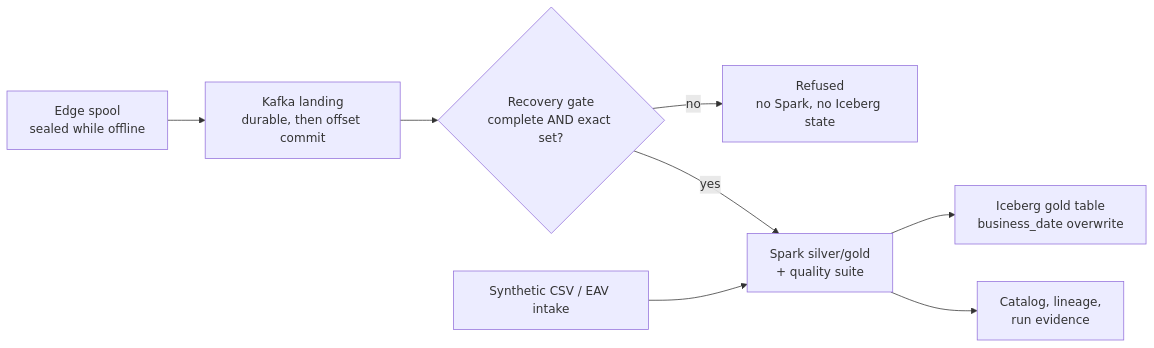
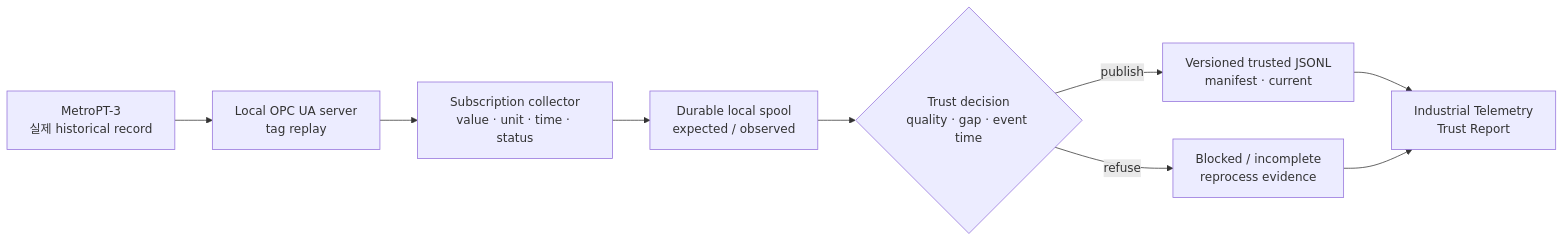
One commit to junhyun-dev/manufacturing-data-platform changed the diagram in README.md. Above: the diagram before and after it, drawn with Mermaid. The commit also changed other lines of this file and 35 other files, not shown here.

Commit message:
Add industrial telemetry trust report

````diff
--- a/README.md
+++ b/README.md
@@ -10,10 +28,15 @@
 ```mermaid
 flowchart LR
-  edge["Edge spool<br/>sealed while offline"] --> kafka["Kafka landing<br/>durable, then offset commit"]
-  kafka --> gate{"Recovery gate<br/>complete AND exact set?"}
-  gate -- "no" --> blocked["Refused<br/>no Spark, no Iceberg state"]
-  gate -- "yes" --> spark["Spark silver/gold<br/>+ quality suite"]
-  spark --> iceberg["Iceberg gold table<br/>business_date overwrite"]
-  csv["Synthetic CSV / EAV intake"] --> spark
-  spark --> catalog["Catalog, lineage,<br/>run evidence"]
+  source["MetroPT-3<br/>실제 historical record"]
+  opcua["Local OPC UA server<br/>tag replay"]
+  collector["Subscription collector<br/>value · unit · time · status"]
+  spool["Durable local spool<br/>expected / observed"]
+  trust{"Trust decision<br/>quality · gap · event time"}
+  current["Versioned trusted JSONL<br/>manifest · current"]
+  blocked["Blocked / incomplete<br/>reprocess evidence"]
+  report["Industrial Telemetry<br/>Trust Report"]
+
+  source --> opcua --> collector --> spool --> trust
+  trust -- publish --> current --> report
+  trust -- refuse --> blocked --> report
 ```
````
